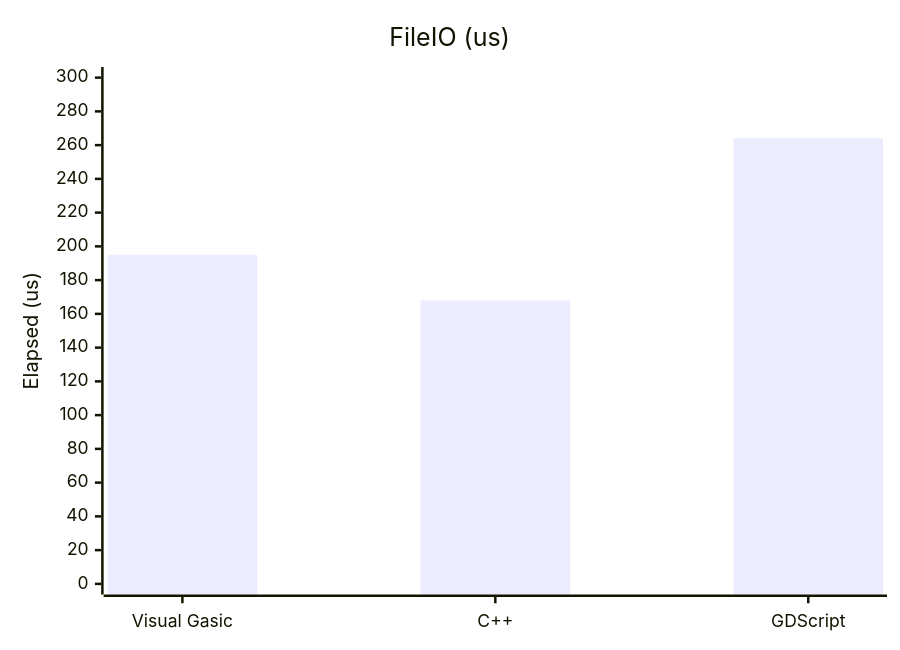
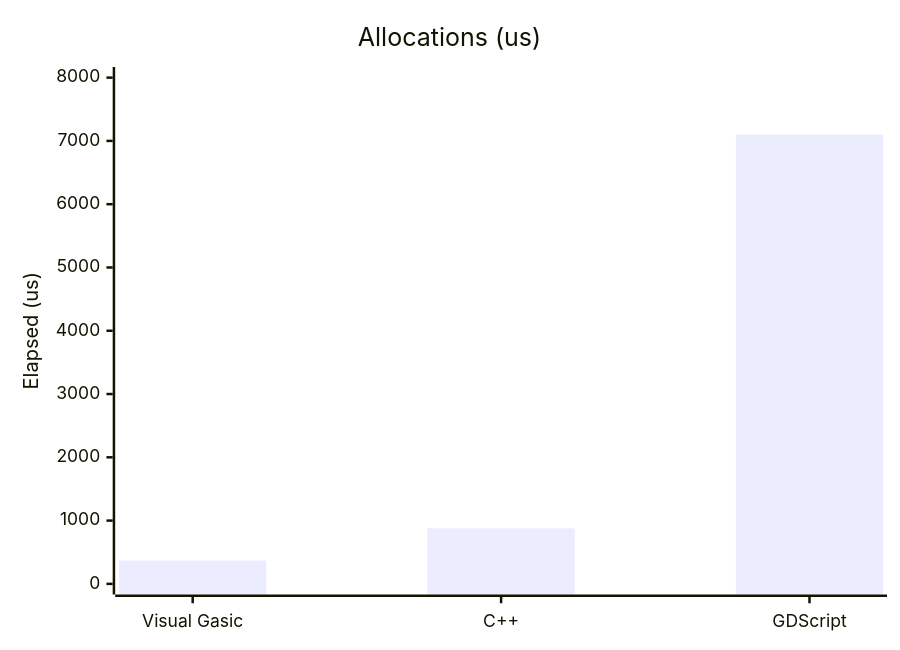
The third of 3 diagrams in docs/GODOT_PROGRAMMING_MANUAL.md (xgreenrx-star/VisualGasic), drawn with Mermaid before and after one commit. The commit also changed other lines of this file and 5 other files, not shown here.

````diff
--- a/docs/GODOT_PROGRAMMING_MANUAL.md
+++ b/docs/GODOT_PROGRAMMING_MANUAL.md
@@ -322,7 +322,7 @@
 ```mermaid
 xychart-beta
-    title "FileIO (us)"
+    title "Allocations (us)"
     x-axis ["Visual Gasic","C++","GDScript"]
-    y-axis "Elapsed (us)" 0 --> 300
-    bar [195,168,264]
+    y-axis "Elapsed (us)" 0 --> 8000
+    bar [368,878,7101]
 ```
````
